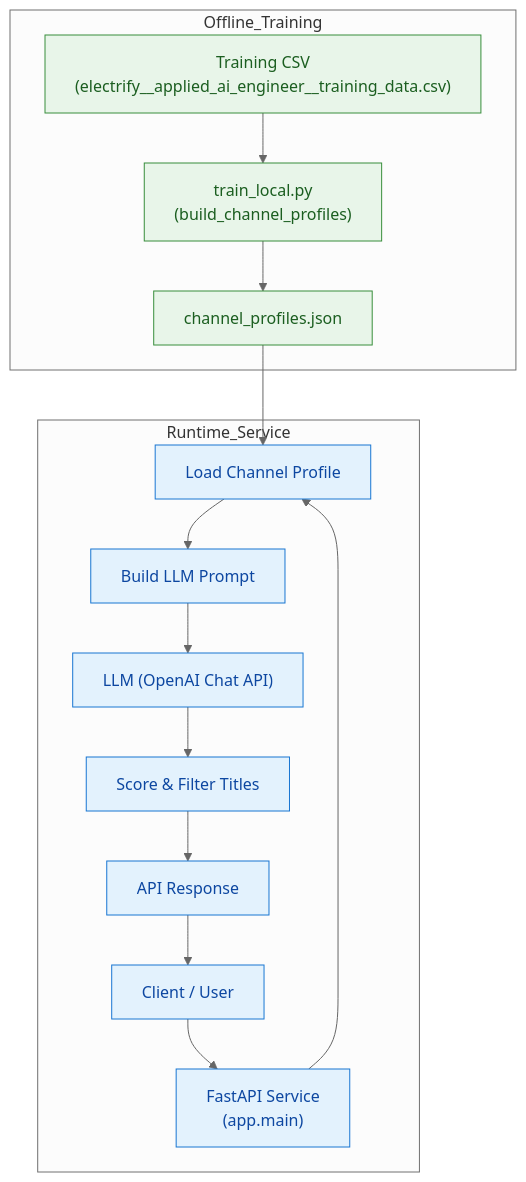
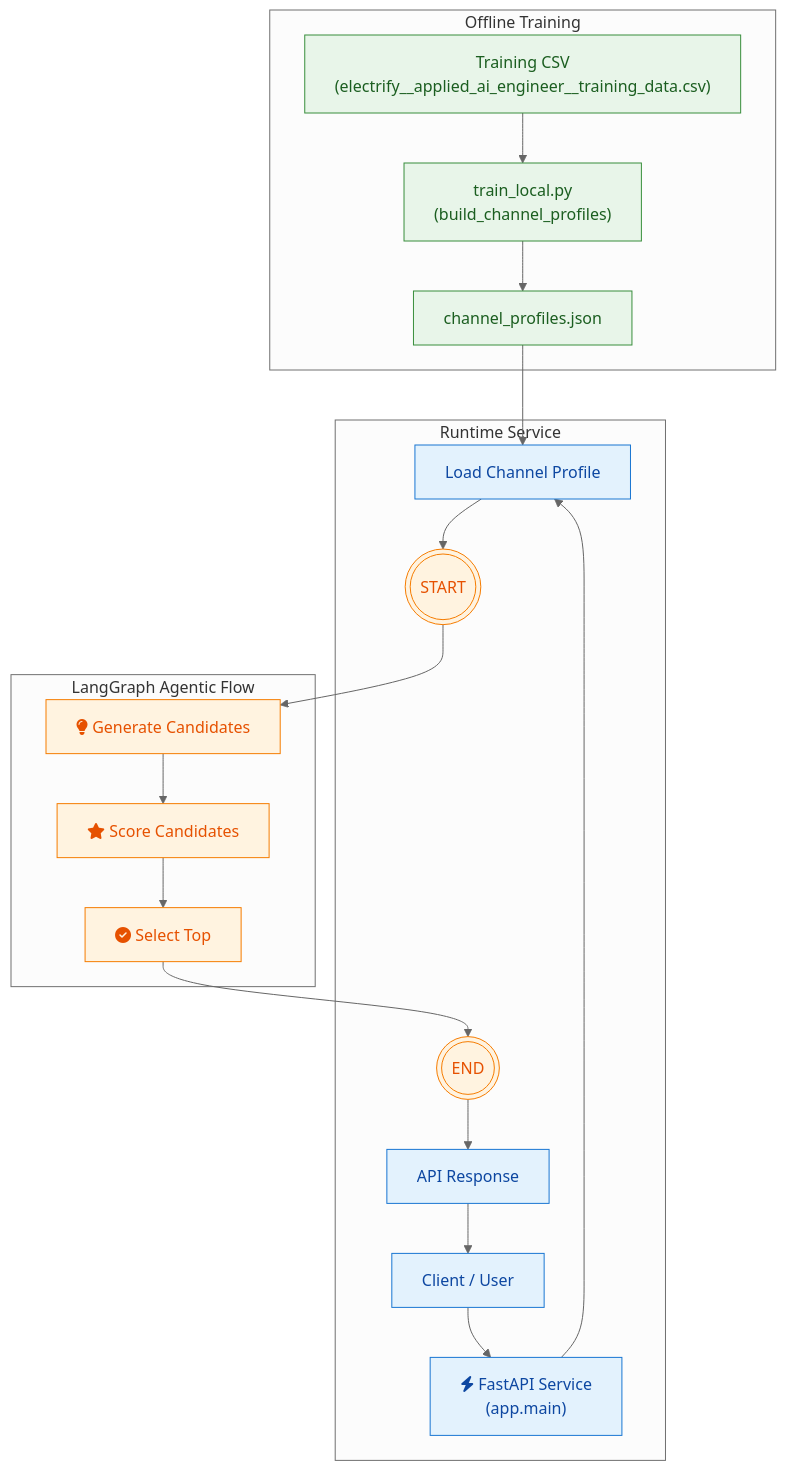
One commit to Hackercloud098/Agentic-High-Performance-Video-Analyzer changed the diagram in README.md. Above: the diagram before and after it, drawn with Mermaid (neutral theme). The commit also changed other lines of this file and 4 other files, not shown here.

````diff
--- a/README.md
+++ b/README.md
@@ -17,32 +16,47 @@
 ```mermaid
 flowchart TB
     %% Offline training pipeline
-    subgraph Offline_Training
+    subgraph Offline_Training [Offline Training]
         csv["Training CSV<br/>(electrify__applied_ai_engineer__training_data.csv)"]
         builder["train_local.py<br/>(build_channel_profiles)"]
         profiles["channel_profiles.json"]
         csv --> builder --> profiles
     end
 
     %% Runtime service pipeline
-    subgraph Runtime_Service
+    subgraph Runtime_Service [Runtime Service]
         client["Client / User"]
-        fastapi["FastAPI Service<br/>(app.main)"]
-        load["Load Channel Profile"]
-        prompt["Build LLM Prompt"]
-        llm["LLM (OpenAI Chat API)"]
-        score["Score & Filter Titles"]
+        fastapi["fa:fa-bolt FastAPI Service<br/>(app.main)"]
+        load_profile["Load Channel Profile"]
         response["API Response"]
 
-        client --> fastapi --> load --> prompt --> llm --> score --> response --> client
-        profiles --> load
+        %% Flow through the service
+        client --> fastapi --> load_profile --> Start
+        %% agentic flow returns result to API response
+        End --> response --> client
+    end
+
+    %% cross-edge from offline training to runtime
+    profiles --> load_profile
+
+    %% Agentic flow subgraph
+    subgraph Agentic_Flow [LangGraph Agentic Flow]
+        Start(((START)))
+        Generate["fa:fa-lightbulb Generate Candidates"]
+        Score["fa:fa-star Score Candidates"]
+        SelectTop["fa:fa-check-circle Select Top"]
+        End(((END)))
+
+        Start --> Generate --> Score --> SelectTop --> End
     end
 
     %% Custom classes for colouring
     classDef offline fill:#e8f5e9,stroke:#388e3c,color:#1b5e20,stroke-width:1px;
     classDef runtime fill:#e3f2fd,stroke:#1976d2,color:#0d47a1,stroke-width:1px;
+    classDef agentic fill:#fff3e0,stroke:#f57c00,color:#e65100,stroke-width:1px;
 
-    %% Nodes to classes
+    %% Assign nodes to classes
     class csv,builder,profiles offline;
-    class client,fastapi,load,prompt,llm,score,response runtime;
+    class client,fastapi,load_profile,response runtime;
+    class Start,Generate,Score,SelectTop,End agentic;
 ```
````
